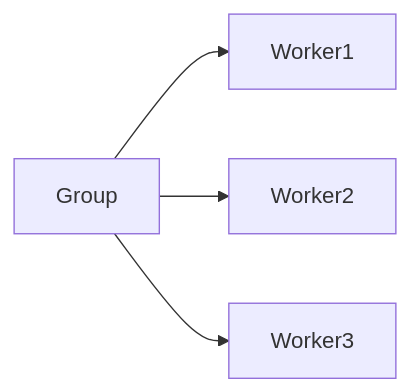
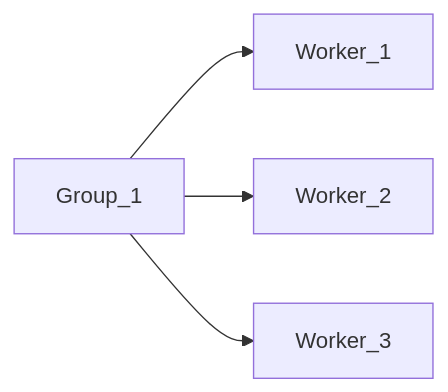
Before and after one commit to ohhi-vn/super_worker: the second of 4 diagrams in README.md, drawn with Mermaid. The commit also changed other lines of this file and 6 other files, not shown here.

````diff
--- a/README.md
+++ b/README.md
@@ -50,6 +51,6 @@
 ```mermaid
 graph LR
-    Group-->Worker1
-    Group-->Worker2
-    Group-->Worker3
+    Group_1-->Worker_1
+    Group_1-->Worker_2
+    Group_1-->Worker_3
 ```
````
